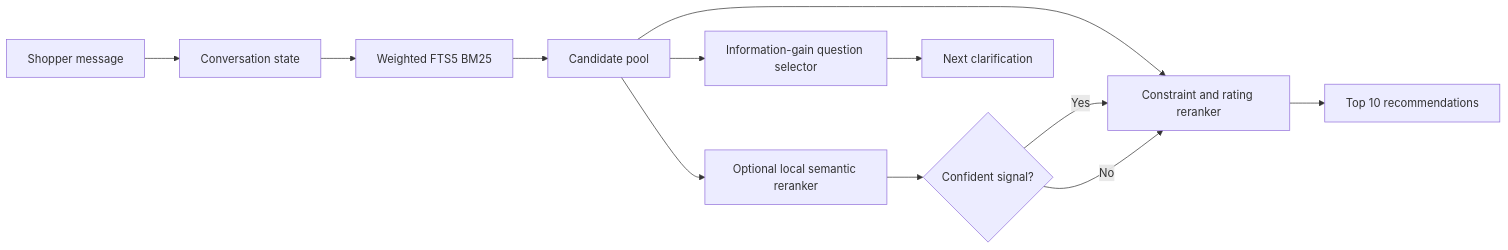
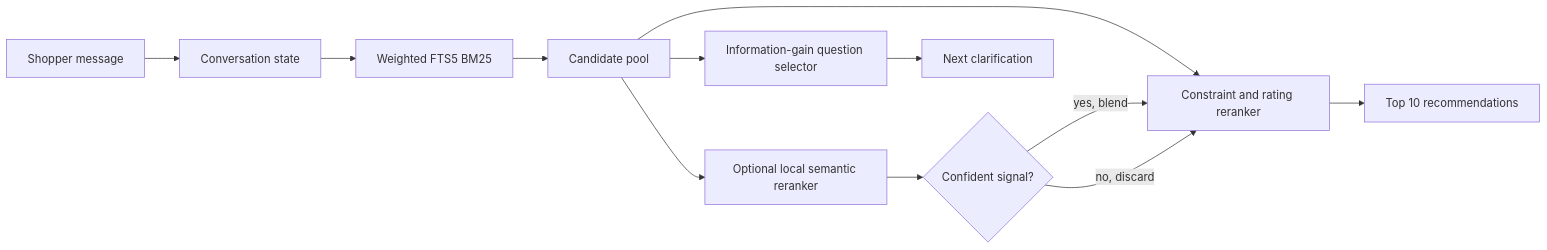
The diagram in README.md (yuanshengbronze/EntropyAgent), drawn with Mermaid before and after one commit. The commit also changed other lines of this file and 6 other files, not shown here.

````diff
--- a/README.md
+++ b/README.md
@@ -33,14 +33,14 @@
 ```mermaid
 flowchart LR
     U[Shopper message] --> S[Conversation state]
     S --> R[Weighted FTS5 BM25]
     R --> C[Candidate pool]
     C --> H[Constraint and rating reranker]
     C --> E[Optional local semantic reranker]
     E --> G{Confident signal?}
-    G -- Yes --> H
-    G -- No --> H
+    G -- yes, blend --> H
+    G -- no, discard --> H
     H --> O[Top 10 recommendations]
     C --> Q[Information-gain question selector]
     Q --> A[Next clarification]
 ```
````
